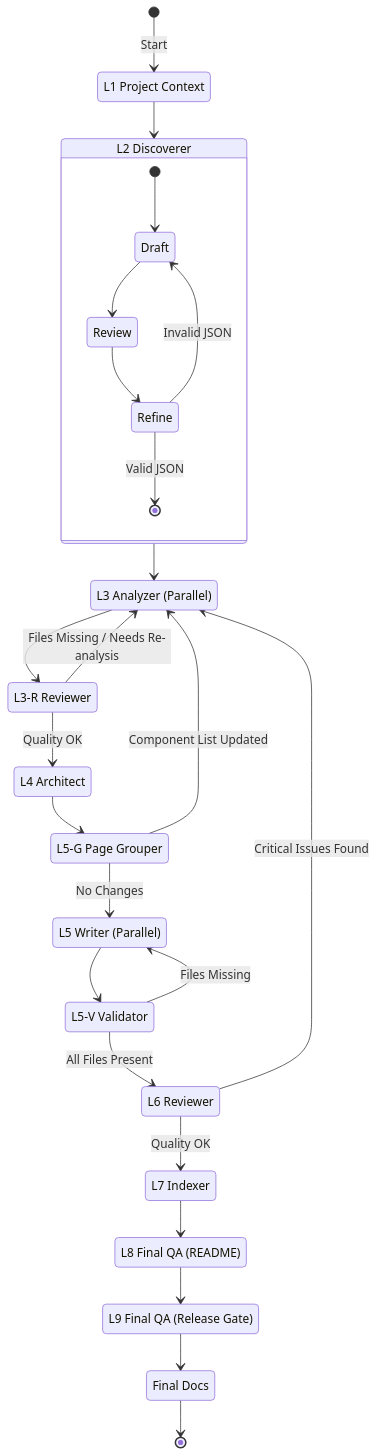
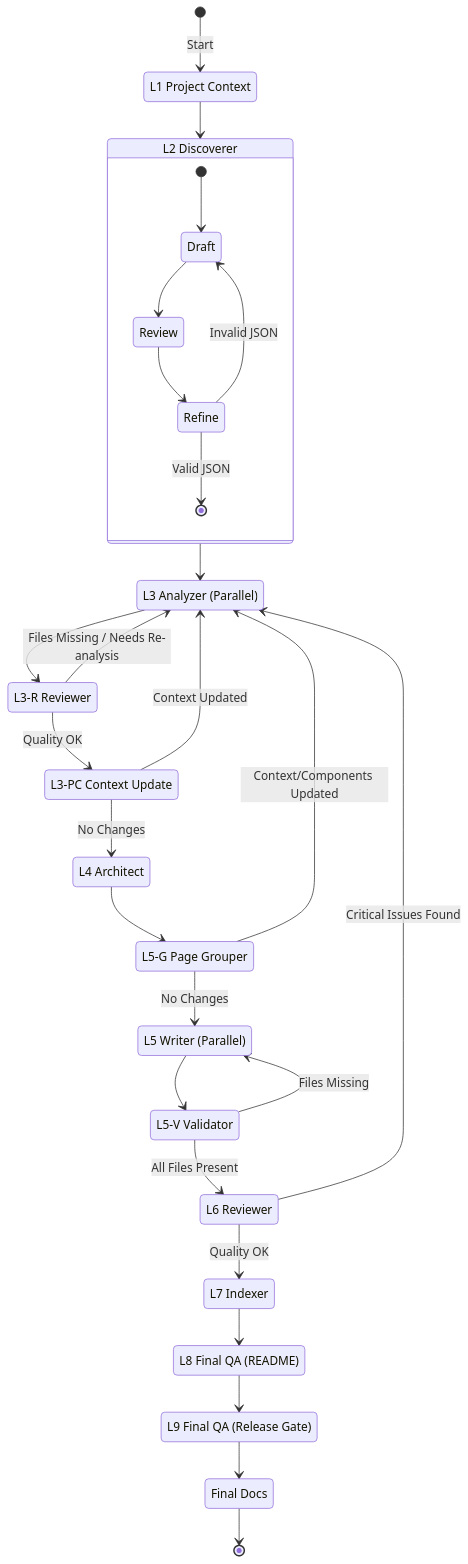
The diagram in README.md (ifapmzadu6/vscode-copilot-deepwiki-extention), drawn with Mermaid before and after one commit. The commit also changed other lines of this file and 1 other file, not shown here.

Commit message:
feat: add project context self-correction capability
- L3 Analyzer can now report project context issues in analysis files
- L3-PC step collects issues after L3-R and updates project_context.md
- L5-G can also review and update project context based on L3/L4 insights
- Pipeline restarts from L3 when project context is modified to improve accuracy

````diff
--- a/README.md
+++ b/README.md
@@ -23,49 +23,53 @@
 ```mermaid
 stateDiagram-v2
     [*] --> L1: Start
 
     L1: L1 Project Context
     L2: L2 Discoverer
     L3: L3 Analyzer (Parallel)
     L3R: L3-R Reviewer
+    L3PC: L3-PC Context Update
     L4: L4 Architect
     L5G: L5-G Page Grouper
     L5: L5 Writer (Parallel)
     L5V: L5-V Validator
     L6: L6 Reviewer
     L7: L7 Indexer
     L8: L8 Final QA (README)
     L9: L9 Final QA (Release Gate)
     Done: Final Docs
 
     L1 --> L2
 
     state L2 {
         [*] --> Draft
         Draft --> Review
         Review --> Refine
         Refine --> [*]: Valid JSON
         Refine --> Draft: Invalid JSON
     }
 
     L2 --> L3
 
     L3 --> L3R
     L3R --> L3: Files Missing / Needs Re-analysis
-    L3R --> L4: Quality OK
+    L3R --> L3PC: Quality OK
+
+    L3PC --> L3: Context Updated
+    L3PC --> L4: No Changes
 
     L4 --> L5G
-    L5G --> L3: Component List Updated
+    L5G --> L3: Context/Components Updated
     L5G --> L5: No Changes
     L5 --> L5V
     L5V --> L5: Files Missing
     L5V --> L6: All Files Present
 
     L6 --> L3: Critical Issues Found
     L6 --> L7: Quality OK
 
     L7 --> L8
     L8 --> L9
     L9 --> Done
     Done --> [*]
 ```
````
